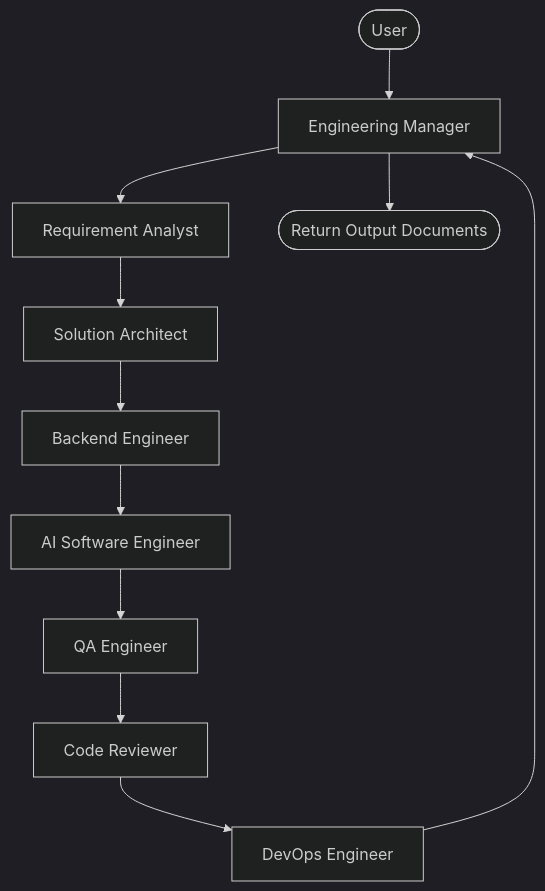
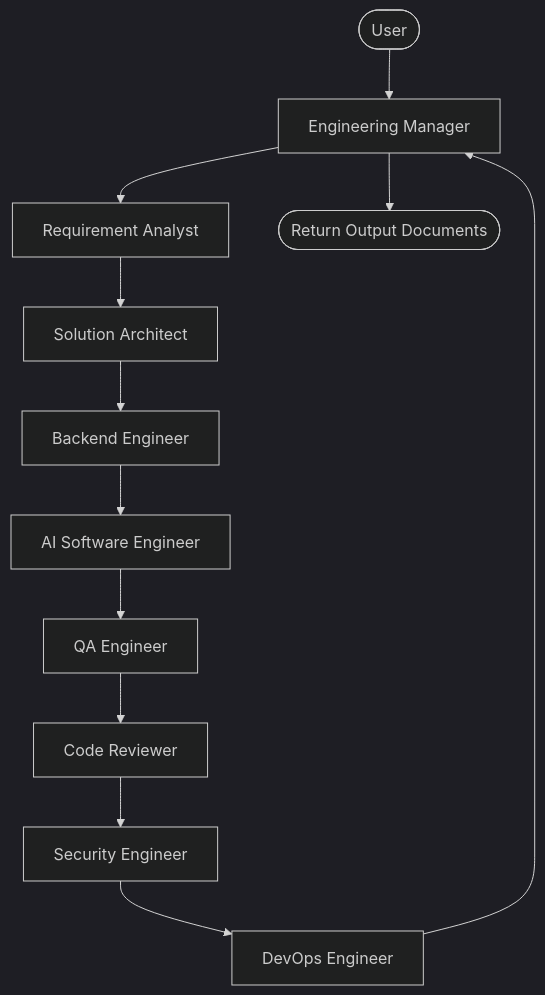
Before and after one commit to gunabh25/forge-ai: the diagram in README.md, drawn with Mermaid (dark theme). The commit also changed other lines of this file and 3 other files, not shown here.

Commit message:
feat: add security engineer subagent to the multi-agent workflow for security assessment and threat modeling

````diff
--- a/README.md
+++ b/README.md
@@ -42,13 +43,14 @@
 ```mermaid
 graph TD
     User([User]) --> EM[Engineering Manager]
     EM --> RA[Requirement Analyst]
     RA --> SA[Solution Architect]
     SA --> BE[Backend Engineer]
     BE --> SE[AI Software Engineer]
     SE --> QA[QA Engineer]
     QA --> CR[Code Reviewer]
-    CR --> DE[DevOps Engineer]
+    CR --> SEC[Security Engineer]
+    SEC --> DE[DevOps Engineer]
     DE --> EM
     EM --> FinalOutput([Return Output Documents])
 ```
````
